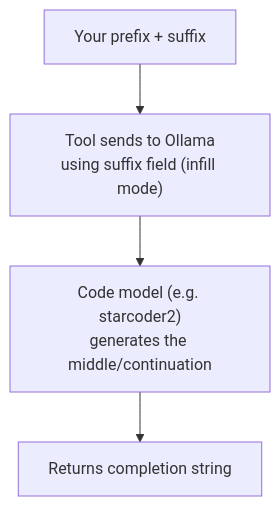
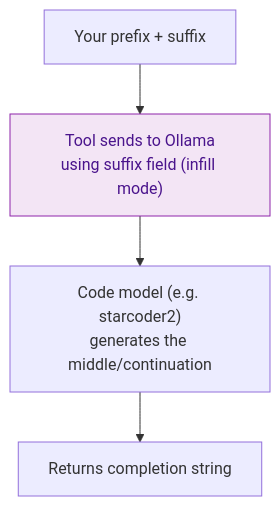
Before and after one commit to Guebbit/AI-coding-assistant: the diagram in docs/packages/tools/code-autocomplete.md, drawn with Mermaid. The commit also changed 54 other files, not shown here.

First line of the commit message:
docs: add mermaid diagrams to quickstart & ollama-notes, color-code all flowcharts

````diff
--- a/docs/packages/tools/code-autocomplete.md
+++ b/docs/packages/tools/code-autocomplete.md
@@ -46,6 +46,7 @@
 ```mermaid
 flowchart TD
     A["Your prefix + suffix"] --> B["Tool sends to Ollama\nusing suffix field (infill mode)"]
     B --> C["Code model (e.g. starcoder2)\ngenerates the middle/continuation"]
     C --> D["Returns completion string"]
+    style B fill:#f3e5f5,stroke:#8e24aa,color:#4a148c
 ```
````
